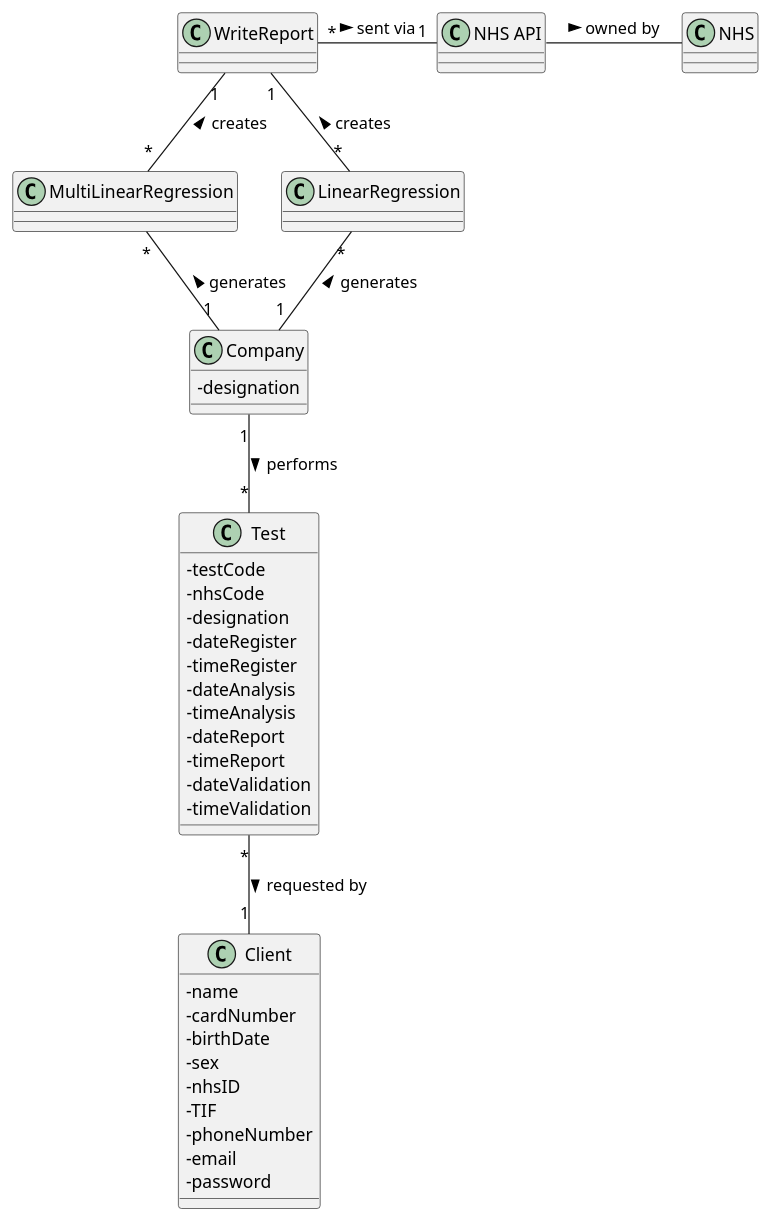
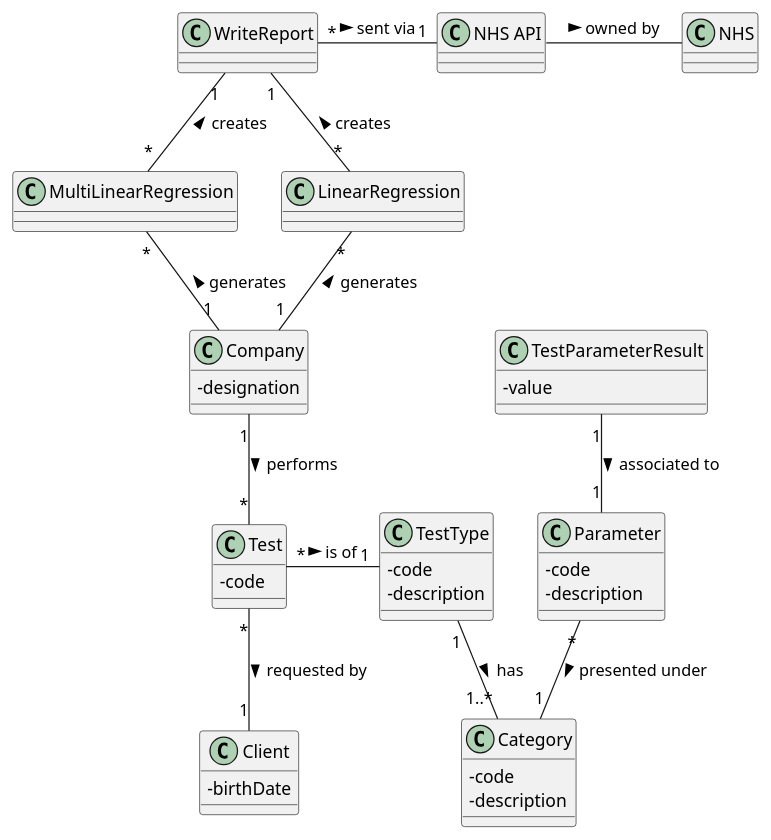
Before and after one commit to MadDinosaur/ISEP-LAPR2: the diagram in docs/SprintD/US18/US18_DM.puml, drawn with PlantUML. The commit also changed 6 other files, not shown here.

```diff
--- a/docs/SprintD/US18/US18_DM.puml
+++ b/docs/SprintD/US18/US18_DM.puml
@@ -1,48 +1,50 @@
 @startuml
 
 skinparam classAttributeIconSize 0
 
 class Company {
 -designation
 }
 class Test {
--testCode
--nhsCode
--designation
--dateRegister
--timeRegister
--dateAnalysis
--timeAnalysis
--dateReport
--timeReport
--dateValidation
--timeValidation
+-code
 }
 class Client {
--name
--cardNumber
 -birthDate
--sex
--nhsID
--TIF
--phoneNumber
--email
--password
 }
 class MultiLinearRegression{
 }
 class LinearRegression{
 }
 class WriteReport{
 }
+class TestParameterResult {
+-value
+}
+class Category {
+-code
+-description
+}
+class TestType {
+-code
+-description
+}
+class Parameter {
+-code
+-description
+}
+
 
 "NHS API" "1"-left-"*" WriteReport : sent via <
 "NHS API" -right- NHS : owned by >
 MultiLinearRegression "*"--"1" Company : generates <
 LinearRegression "*"--"1" Company : generates <
 MultiLinearRegression "*"-up-"1" WriteReport : creates >
 LinearRegression "*"-up-"1" WriteReport : creates >
 Test "*"-up-"1" Company : performs <
 Test "*"--"1" Client : requested by >
+Test "*"-right-"1" "TestType" : is of >
+TestType "1"--"1..*" Category : has >
+Parameter "*"--"1" Category : presented under >
+TestParameterResult "1"--"1" Parameter : associated to >
 
 @enduml
```
